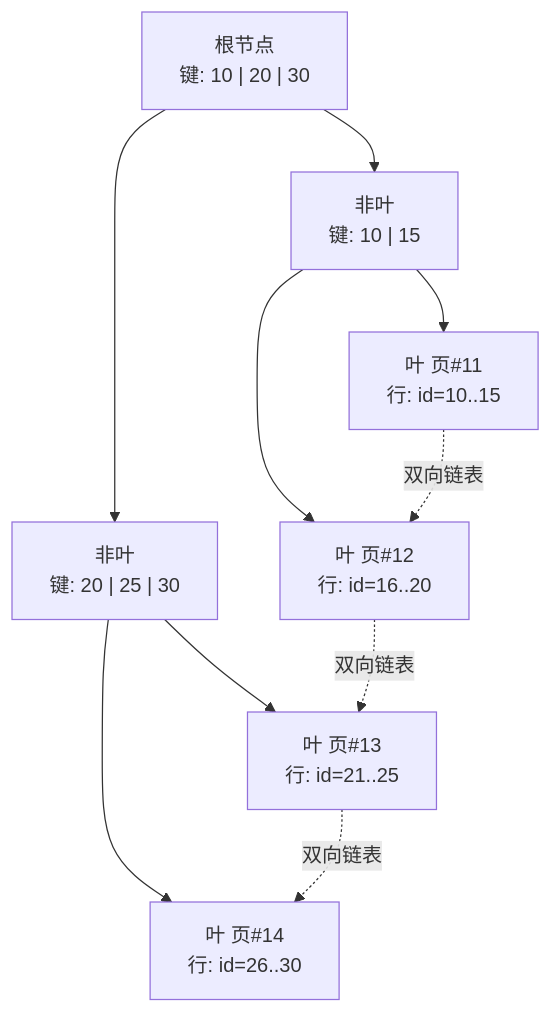
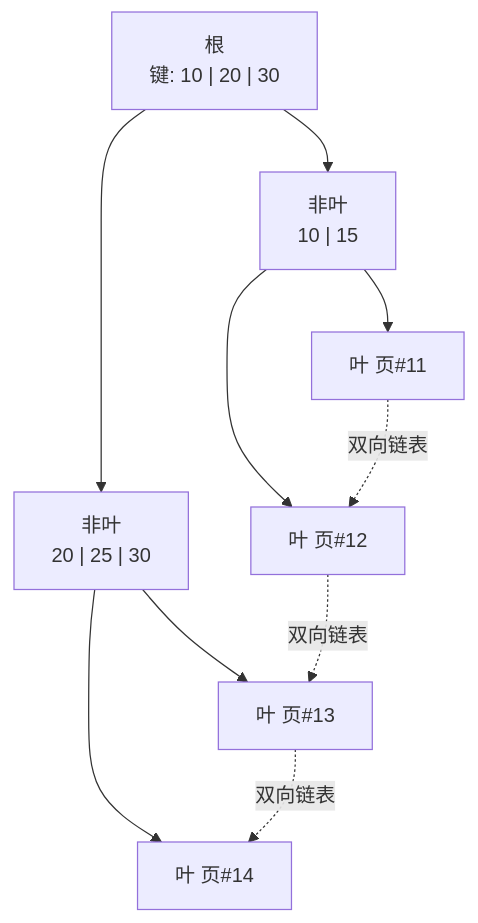
The third of 7 diagrams in 02-中间件与数据库/01-MySQL/01-架构与存储引擎/知识点.md (ml-cuizijun/LearnToLilith), drawn with Mermaid before and after one commit. The commit also changed other lines of this file and 178 other files, not shown here.

````diff
--- a/02-中间件与数据库/01-MySQL/01-架构与存储引擎/知识点.md
+++ b/02-中间件与数据库/01-MySQL/01-架构与存储引擎/知识点.md
@@ -318,12 +276,12 @@
 ```mermaid
 flowchart TB
-    ROOT["根节点<br/>键: 10 | 20 | 30"] --> NL1["非叶<br/>键: 10 | 15"]
-    ROOT --> NL2["非叶<br/>键: 20 | 25 | 30"]
-    NL1 --> LF1["叶 页#11<br/>行: id=10..15"]
-    NL1 --> LF2["叶 页#12<br/>行: id=16..20"]
-    NL2 --> LF3["叶 页#13<br/>行: id=21..25"]
-    NL2 --> LF4["叶 页#14<br/>行: id=26..30"]
+    ROOT["根<br/>键: 10 | 20 | 30"] --> NL1["非叶<br/>10 | 15"]
+    ROOT --> NL2["非叶<br/>20 | 25 | 30"]
+    NL1 --> LF1["叶 页#11"]
+    NL1 --> LF2["叶 页#12"]
+    NL2 --> LF3["叶 页#13"]
+    NL2 --> LF4["叶 页#14"]
     LF1 -.->|双向链表| LF2
     LF2 -.->|双向链表| LF3
     LF3 -.->|双向链表| LF4
 ```
````
